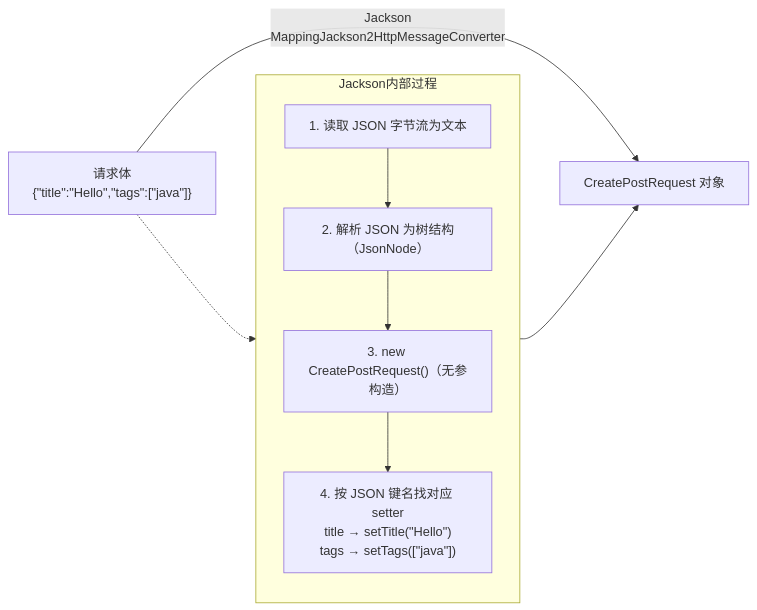
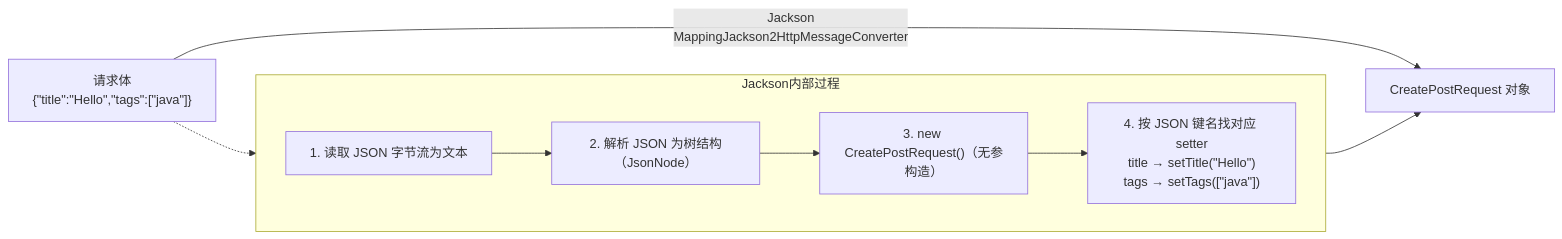
One commit to HaoqiangLu/java-blog changed the third of 6 diagrams in docs/summary/summary.md. Above: the diagram before and after it, drawn with Mermaid. The commit also changed other lines of this file and 2 other files, not shown here.

````diff
--- a/docs/summary/summary.md
+++ b/docs/summary/summary.md
@@ -213,14 +277,14 @@
 ```mermaid
 flowchart LR
     Body["请求体<br/>{&quot;title&quot;:&quot;Hello&quot;,&quot;tags&quot;:[&quot;java&quot;]}"] -->|"Jackson<br/>MappingJackson2HttpMessageConverter"| Obj["CreatePostRequest 对象"]
     
     subgraph Jackson内部过程
-        direction TB
+        direction LR
         J1["1. 读取 JSON 字节流为文本"] --> J2["2. 解析 JSON 为树结构（JsonNode）"]
         J2 --> J3["3. new CreatePostRequest()（无参构造）"]
         J3 --> J4["4. 按 JSON 键名找对应 setter<br/>title → setTitle(&quot;Hello&quot;)<br/>tags → setTags([&quot;java&quot;])"]
     end
     
     Body -.-> Jackson内部过程
     Jackson内部过程 --> Obj
 ```
````
